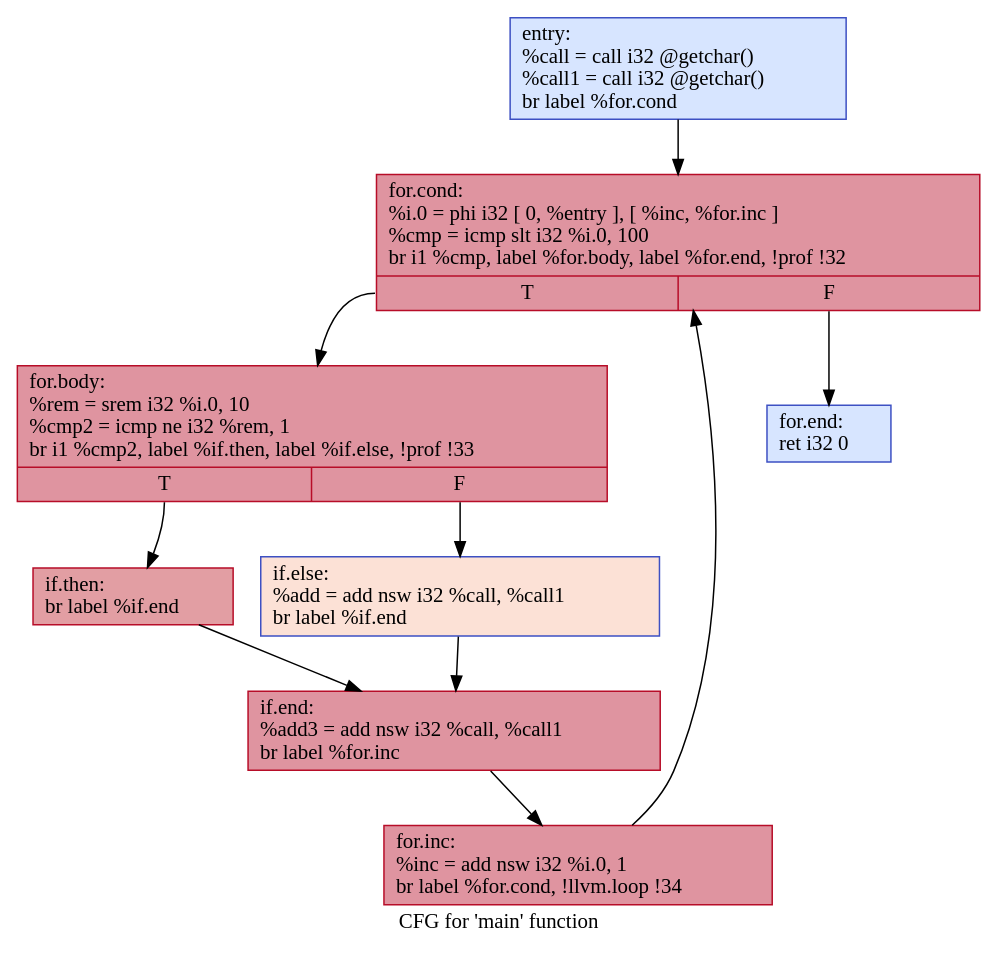
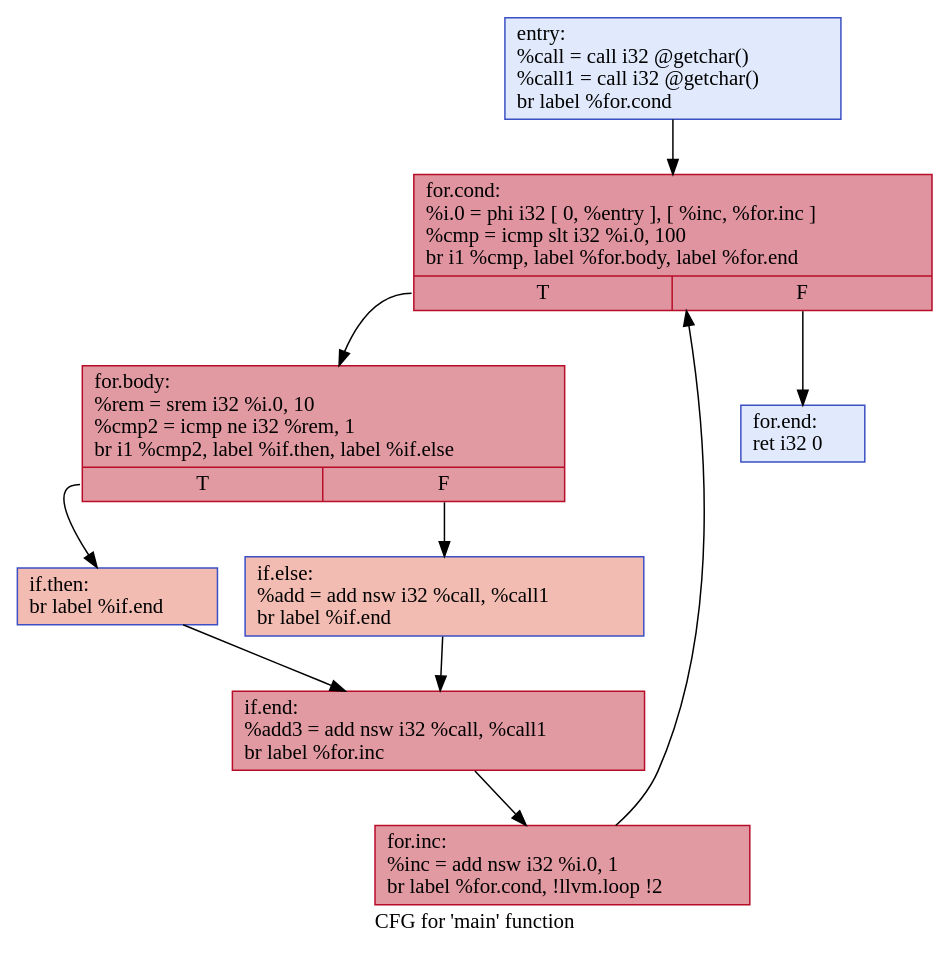
One commit to GGLeod/Speculation-Based-GVNPRE changed the diagram in visual/.main.dot. Above: the diagram before and after it, drawn with Graphviz. The commit also changed 11 other files, not shown here.

```diff
--- a/visual/.main.dot
+++ b/visual/.main.dot
@@ -1,21 +1,21 @@
 digraph "CFG for 'main' function" {
 	label="CFG for 'main' function";
 
-	Node0x564ad52ca5b0 [shape=record,color="#3d50c3ff", style=filled, fillcolor="#a5c3fe70",label="{entry:\l  %call = call i32 @getchar()\l  %call1 = call i32 @getchar()\l  br label %for.cond\l}"];
-	Node0x564ad52ca5b0 -> Node0x564ad52ca600;
-	Node0x564ad52ca600 [shape=record,color="#b70d28ff", style=filled, fillcolor="#b70d2870",label="{for.cond:                                         \l  %i.0 = phi i32 [ 0, %entry ], [ %inc, %for.inc ]\l  %cmp = icmp slt i32 %i.0, 100\l  br i1 %cmp, label %for.body, label %for.end, !prof !32\l|{<s0>T|<s1>F}}"];
-	Node0x564ad52ca600:s0 -> Node0x564ad52ca650;
-	Node0x564ad52ca600:s1 -> Node0x564ad52ca7e0;
-	Node0x564ad52ca650 [shape=record,color="#b70d28ff", style=filled, fillcolor="#b70d2870",label="{for.body:                                         \l  %rem = srem i32 %i.0, 10\l  %cmp2 = icmp ne i32 %rem, 1\l  br i1 %cmp2, label %if.then, label %if.else, !prof !33\l|{<s0>T|<s1>F}}"];
-	Node0x564ad52ca650:s0 -> Node0x564ad52ca6a0;
-	Node0x564ad52ca650:s1 -> Node0x564ad52ca6f0;
-	Node0x564ad52ca6a0 [shape=record,color="#b70d28ff", style=filled, fillcolor="#be242e70",label="{if.then:                                          \l  br label %if.end\l}"];
-	Node0x564ad52ca6a0 -> Node0x564ad52ca740;
-	Node0x564ad52ca6f0 [shape=record,color="#3d50c3ff", style=filled, fillcolor="#f7bca170",label="{if.else:                                          \l  %add = add nsw i32 %call, %call1\l  br label %if.end\l}"];
-	Node0x564ad52ca6f0 -> Node0x564ad52ca740;
-	Node0x564ad52ca740 [shape=record,color="#b70d28ff", style=filled, fillcolor="#b70d2870",label="{if.end:                                           \l  %add3 = add nsw i32 %call, %call1\l  br label %for.inc\l}"];
-	Node0x564ad52ca740 -> Node0x564ad52ca790;
-	Node0x564ad52ca790 [shape=record,color="#b70d28ff", style=filled, fillcolor="#b70d2870",label="{for.inc:                                          \l  %inc = add nsw i32 %i.0, 1\l  br label %for.cond, !llvm.loop !34\l}"];
-	Node0x564ad52ca790 -> Node0x564ad52ca600;
-	Node0x564ad52ca7e0 [shape=record,color="#3d50c3ff", style=filled, fillcolor="#a5c3fe70",label="{for.end:                                          \l  ret i32 0\l}"];
+	Node0x55b9f45256b0 [shape=record,color="#3d50c3ff", style=filled, fillcolor="#b9d0f970",label="{entry:\l  %call = call i32 @getchar()\l  %call1 = call i32 @getchar()\l  br label %for.cond\l}"];
+	Node0x55b9f45256b0 -> Node0x55b9f4525700;
+	Node0x55b9f4525700 [shape=record,color="#b70d28ff", style=filled, fillcolor="#b70d2870",label="{for.cond:                                         \l  %i.0 = phi i32 [ 0, %entry ], [ %inc, %for.inc ]\l  %cmp = icmp slt i32 %i.0, 100\l  br i1 %cmp, label %for.body, label %for.end\l|{<s0>T|<s1>F}}"];
+	Node0x55b9f4525700:s0 -> Node0x55b9f4525750;
+	Node0x55b9f4525700:s1 -> Node0x55b9f45258e0;
+	Node0x55b9f4525750 [shape=record,color="#b70d28ff", style=filled, fillcolor="#bb1b2c70",label="{for.body:                                         \l  %rem = srem i32 %i.0, 10\l  %cmp2 = icmp ne i32 %rem, 1\l  br i1 %cmp2, label %if.then, label %if.else\l|{<s0>T|<s1>F}}"];
+	Node0x55b9f4525750:s0 -> Node0x55b9f45257a0;
+	Node0x55b9f4525750:s1 -> Node0x55b9f45257f0;
+	Node0x55b9f45257a0 [shape=record,color="#3d50c3ff", style=filled, fillcolor="#e1675170",label="{if.then:                                          \l  br label %if.end\l}"];
+	Node0x55b9f45257a0 -> Node0x55b9f4525840;
+	Node0x55b9f45257f0 [shape=record,color="#3d50c3ff", style=filled, fillcolor="#e1675170",label="{if.else:                                          \l  %add = add nsw i32 %call, %call1\l  br label %if.end\l}"];
+	Node0x55b9f45257f0 -> Node0x55b9f4525840;
+	Node0x55b9f4525840 [shape=record,color="#b70d28ff", style=filled, fillcolor="#bb1b2c70",label="{if.end:                                           \l  %add3 = add nsw i32 %call, %call1\l  br label %for.inc\l}"];
+	Node0x55b9f4525840 -> Node0x55b9f4525890;
+	Node0x55b9f4525890 [shape=record,color="#b70d28ff", style=filled, fillcolor="#bb1b2c70",label="{for.inc:                                          \l  %inc = add nsw i32 %i.0, 1\l  br label %for.cond, !llvm.loop !2\l}"];
+	Node0x55b9f4525890 -> Node0x55b9f4525700;
+	Node0x55b9f45258e0 [shape=record,color="#3d50c3ff", style=filled, fillcolor="#b9d0f970",label="{for.end:                                          \l  ret i32 0\l}"];
 }
```
